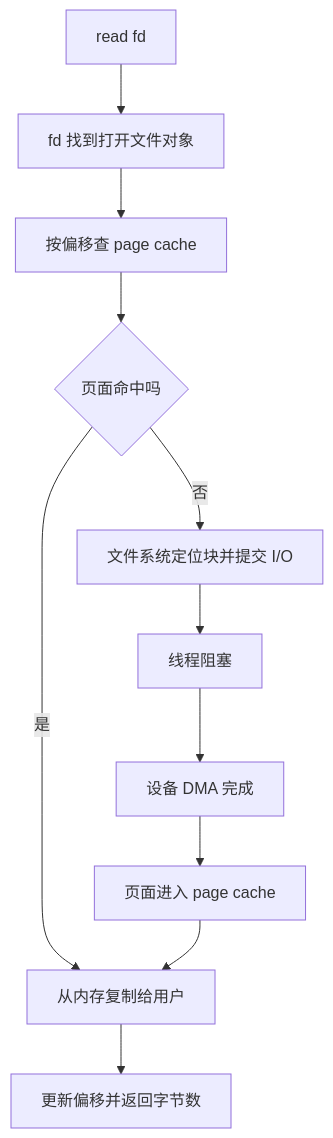
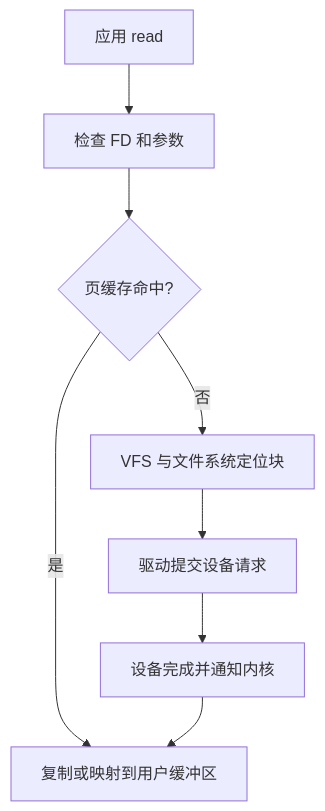
The second of 2 diagrams in 05_interview/fundamentals/cs-core/operating-system/04-filesystem-io/index.md (ranxi2001/zero2Leetcode), drawn with Mermaid before and after one commit. The commit also changed other lines of this file and 38 other files, not shown here.

````diff
--- a/05_interview/fundamentals/cs-core/operating-system/04-filesystem-io/index.md
+++ b/05_interview/fundamentals/cs-core/operating-system/04-filesystem-io/index.md
@@ -102,13 +58,10 @@
 ```mermaid
 flowchart TD
-    A["read fd"] --> B["fd 找到打开文件对象"]
-    B --> C["按偏移查 page cache"]
-    C --> D{"页面命中吗"}
-    D -->|"是"| E["从内存复制给用户"]
-    D -->|"否"| F["文件系统定位块并提交 I/O"]
-    F --> G["线程阻塞"]
-    G --> H["设备 DMA 完成"]
-    H --> I["页面进入 page cache"]
-    I --> E
-    E --> J["更新偏移并返回字节数"]
+    A[应用 read] --> B[检查 FD 和参数]
+    B --> C{页缓存命中?}
+    C -->|是| D[复制或映射到用户缓冲区]
+    C -->|否| E[VFS 与文件系统定位块]
+    E --> F[驱动提交设备请求]
+    F --> G[设备完成并通知内核]
+    G --> D
 ```
````
